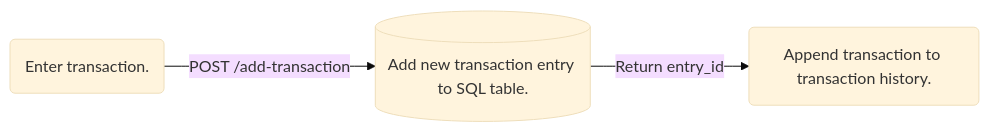
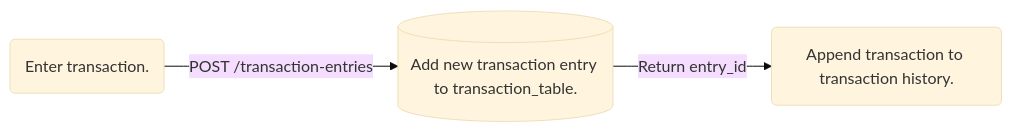
One commit to chriswee168/finance-tracker changed the second of 3 diagrams in README.md. Above: the diagram before and after it, drawn with Mermaid (base theme). The commit also changed other lines of this file, not shown here.

Commit message:
Add some flowcharts for HTTP requests

````diff
--- a/README.md
+++ b/README.md
@@ -99,4 +106,4 @@
 ```mermaid
 graph LR
-    A(Enter transaction.) -- POST /add-transaction --> B[(Add new transaction entry to SQL table.)] -- Return entry_id --> C(Append transaction to transaction history.)
+    A(Enter transaction.) -- POST /transaction-entries --> B[(Add new transaction entry to transaction_table.)] -- Return entry_id --> C(Append transaction to transaction history.)
 ```
````
